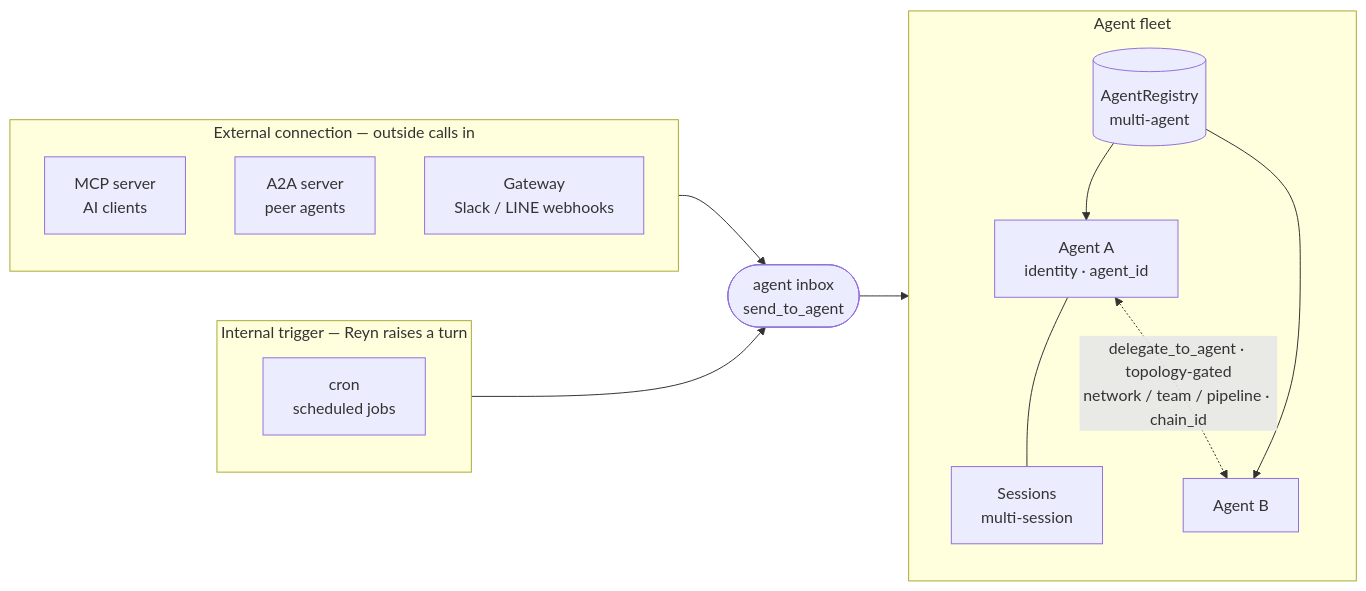
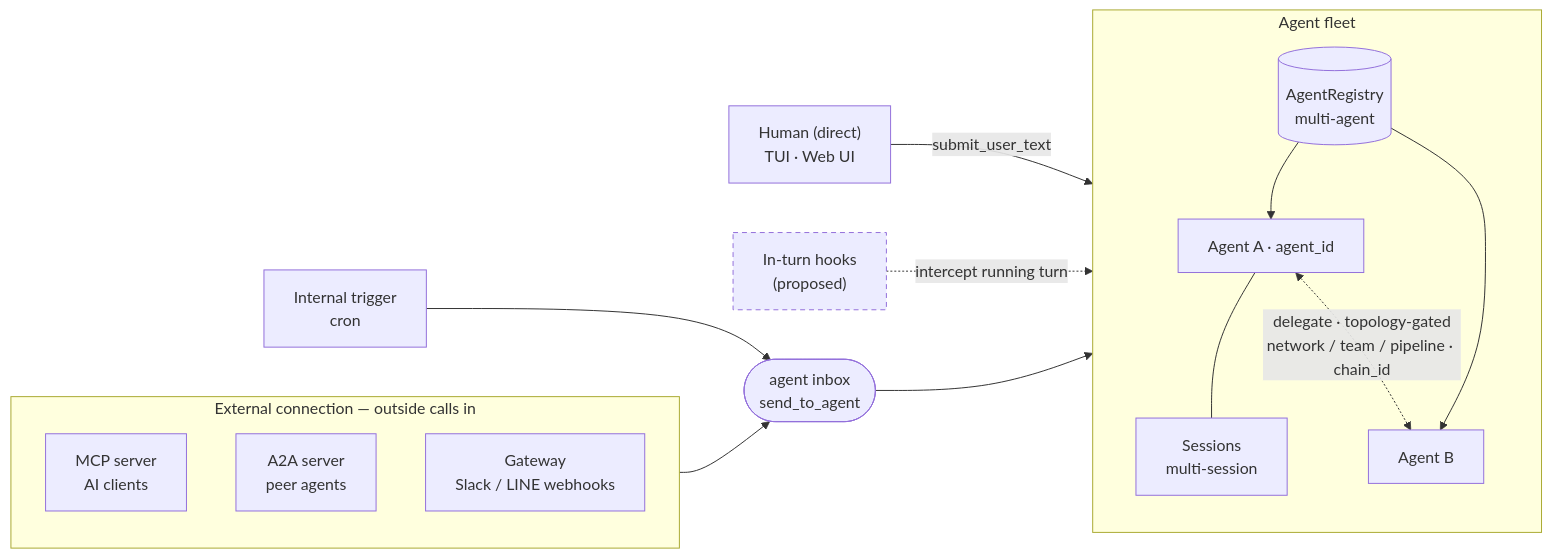
The second of 2 diagrams in README.md (tya5/reyn), drawn with Mermaid before and after one commit. The commit also changed other lines of this file and 1 other file, not shown here.

Commit message:
docs(readme): breadth diagram v2 — human-direct lane, FastAPI substrate, in-turn hooks
Owner-requested enrichment of the breadth (actor) diagram:

- Add the **human-direct lane**: TUI / browser Web UI drive a session via
  `Session.submit_user_text`, NOT the inbox. Verified in code
  (interfaces/tui/app.py → submit_user_text; send_to_agent_impl is used by
  MCP / A2A / gateway / cron). So the diagram now shows two paths — direct
  session drive (humans) vs inbox injection (systems + schedules).
- Note that the HTTP surfaces (A2A, MCP-over-SSE, gateway webhooks, Web UI)
  share the one `reyn web` (FastAPI) gateway — FastAPI is the substrate, not a
  connection kind.
- Add the **in-turn hooks** layer (marked proposed, dashed) intercepting a
  running turn.

Also add a one-sentence note to interaction-layers.md so the concept doc and
the README agree: the interactive TUI / Web UI are the direct operator surface,
distinct from the three inbox-converging trigger layers.

mermaid render verified locally (mmdc); strict docs build green; no history refs.

````diff
--- a/README.md
+++ b/README.md
@@ -126,27 +126,29 @@
 ```mermaid
 flowchart LR
-    subgraph L1["External connection — outside calls in"]
+    HUMAN["Human (direct)<br/>TUI · Web UI"]
+    subgraph EXT["External connection — outside calls in"]
       direction TB
       MCP["MCP server<br/>AI clients"]
       A2A["A2A server<br/>peer agents"]
       GW["Gateway<br/>Slack / LINE webhooks"]
     end
-    subgraph L2["Internal trigger — Reyn raises a turn"]
-      direction TB
-      CRON["cron<br/>scheduled jobs"]
-    end
+    INT["Internal trigger<br/>cron"]
     INBOX(["agent inbox<br/>send_to_agent"])
-    L1 --> INBOX
-    L2 --> INBOX
+    EXT --> INBOX
+    INT --> INBOX
     subgraph FLEET["Agent fleet"]
       direction TB
       REG[("AgentRegistry<br/>multi-agent")]
-      Ax["Agent A<br/>identity · agent_id"]
+      Ax["Agent A · agent_id"]
       Ay["Agent B"]
       Ax --- SAx["Sessions<br/>multi-session"]
       REG --> Ax
       REG --> Ay
     end
+    HUMAN -- submit_user_text --> Ax
     INBOX --> FLEET
-    Ax <-. "delegate_to_agent · topology-gated<br/>network / team / pipeline · chain_id" .-> Ay
+    HOOK["In-turn hooks<br/>(proposed)"] -. intercept running turn .-> Ax
+    Ax <-. "delegate · topology-gated<br/>network / team / pipeline · chain_id" .-> Ay
+    classDef pr stroke-dasharray:5 4;
+    class HOOK pr;
 ```
````
